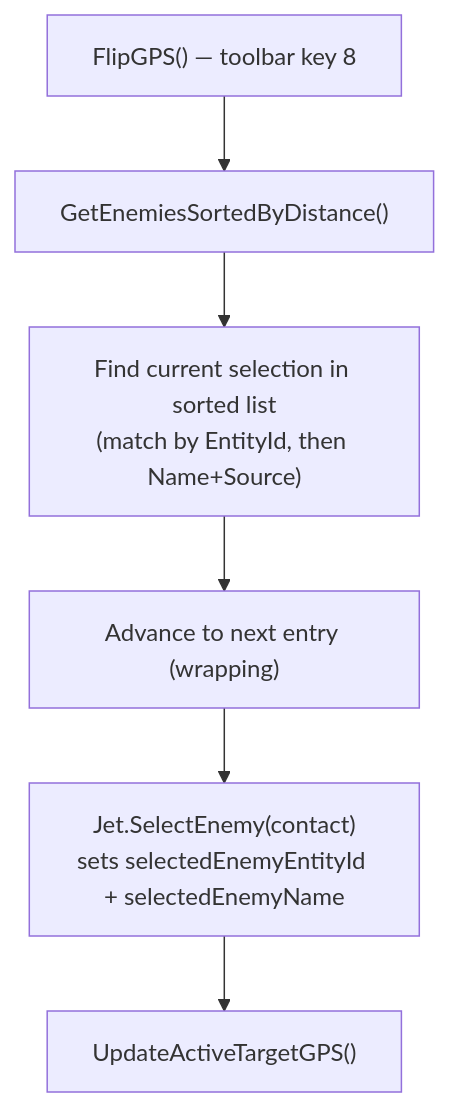
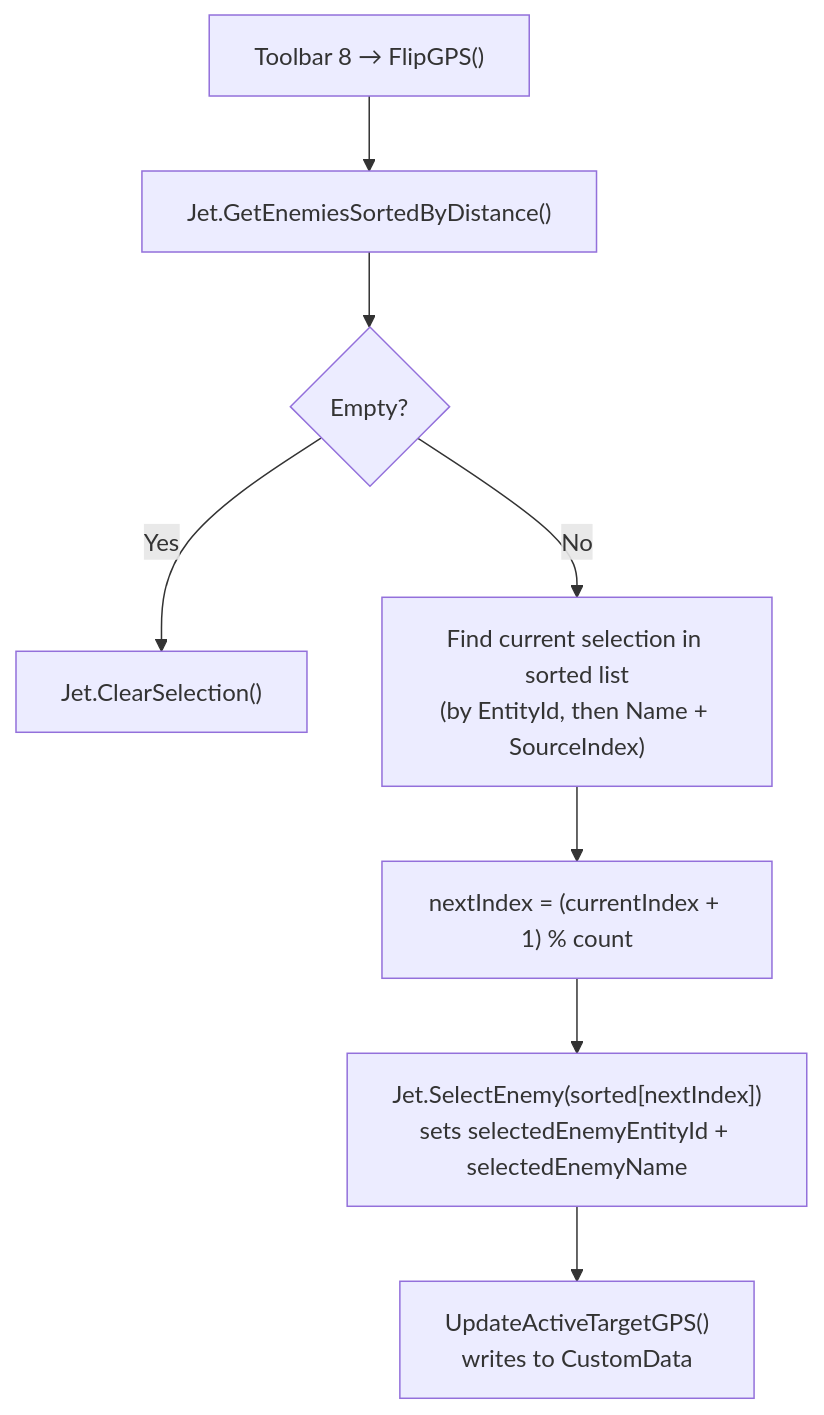
One commit to Terilia/JetOS changed the fourth of 7 diagrams in docs/target-tracking.md. Above: the diagram before and after it, drawn with Mermaid. The commit also changed other lines of this file and 23 other files, not shown here.

````diff
--- a/docs/target-tracking.md
+++ b/docs/target-tracking.md
@@ -115,8 +164,10 @@
 ```mermaid
 flowchart TD
-    FLIP["FlipGPS() — toolbar key 8"] --> SORT["GetEnemiesSortedByDistance()"]
-    SORT --> FIND["Find current selection in sorted list\n(match by EntityId, then Name+Source)"]
-    FIND --> NEXT["Advance to next entry (wrapping)"]
-    NEXT --> SELEN["Jet.SelectEnemy(contact)\nsets selectedEnemyEntityId + selectedEnemyName"]
-    SELEN --> GPS["UpdateActiveTargetGPS()"]
+    F["Toolbar 8 → FlipGPS()"] --> SORT["Jet.GetEnemiesSortedByDistance()"]
+    SORT --> EMP{Empty?}
+    EMP -- "Yes" --> CL["Jet.ClearSelection()"]
+    EMP -- "No" --> FIND["Find current selection in sorted list<br/>(by EntityId, then Name + SourceIndex)"]
+    FIND --> ADV["nextIndex = (currentIndex + 1) % count"]
+    ADV --> SE["Jet.SelectEnemy(sorted[nextIndex])<br/>sets selectedEnemyEntityId + selectedEnemyName"]
+    SE --> GPS["UpdateActiveTargetGPS()<br/>writes to CustomData"]
 ```
````
